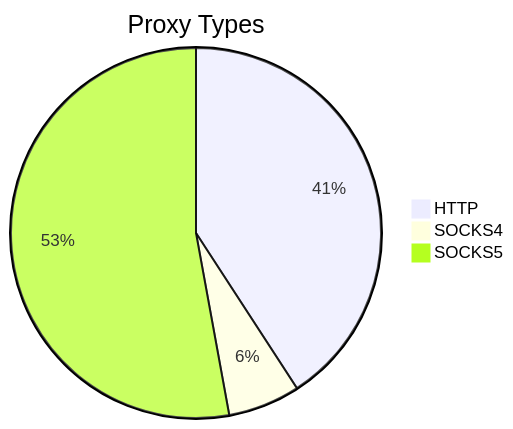
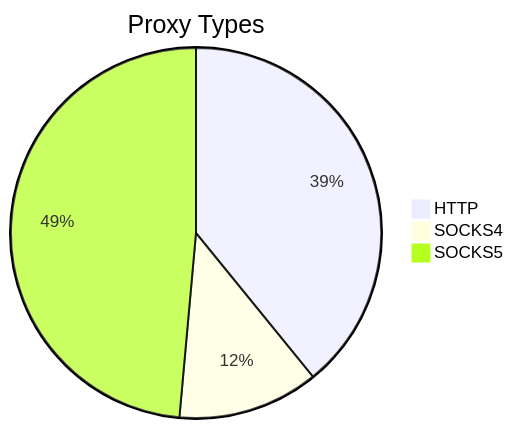
One commit to stormsia/proxy-list changed the first of 2 diagrams in README.md. Above: the diagram before and after it, drawn with Mermaid. The commit also changed other lines of this file, not shown here.

````diff
--- a/README.md
+++ b/README.md
@@ -21,6 +21,6 @@
 ```mermaid
 pie title Proxy Types
-    "HTTP" : 298
-    "SOCKS4" : 46
-    "SOCKS5" : 386
+    "HTTP" : 493
+    "SOCKS4" : 155
+    "SOCKS5" : 612
 ```
````
